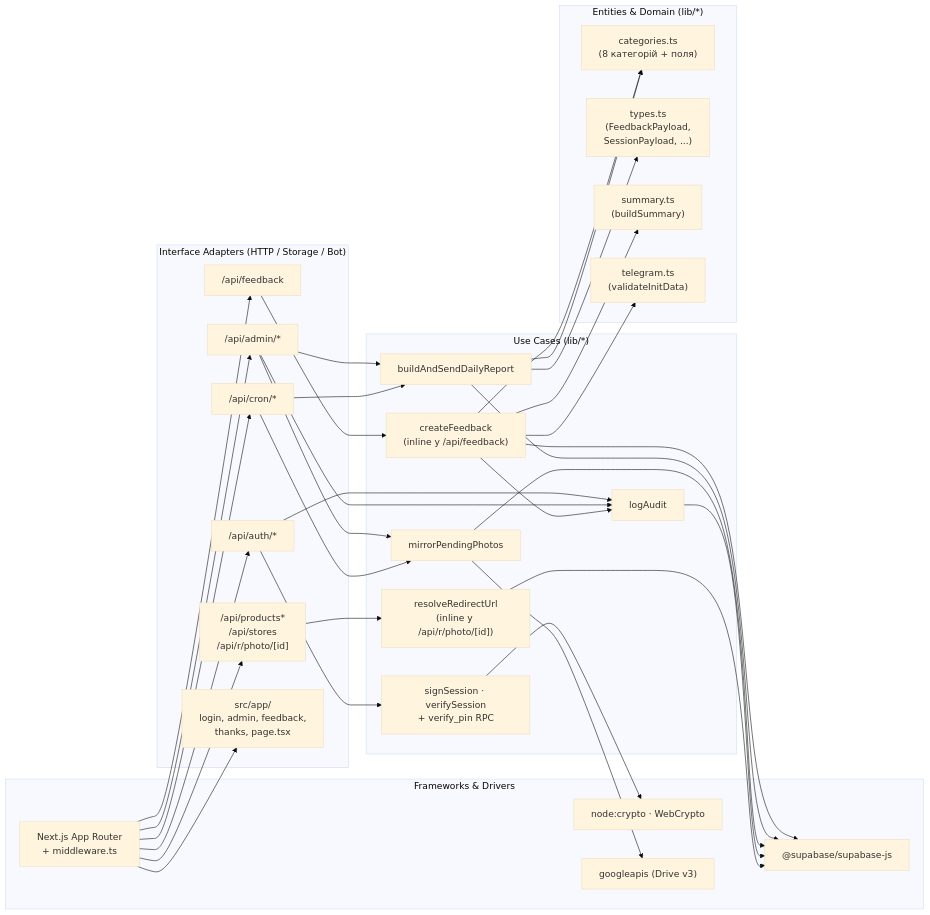
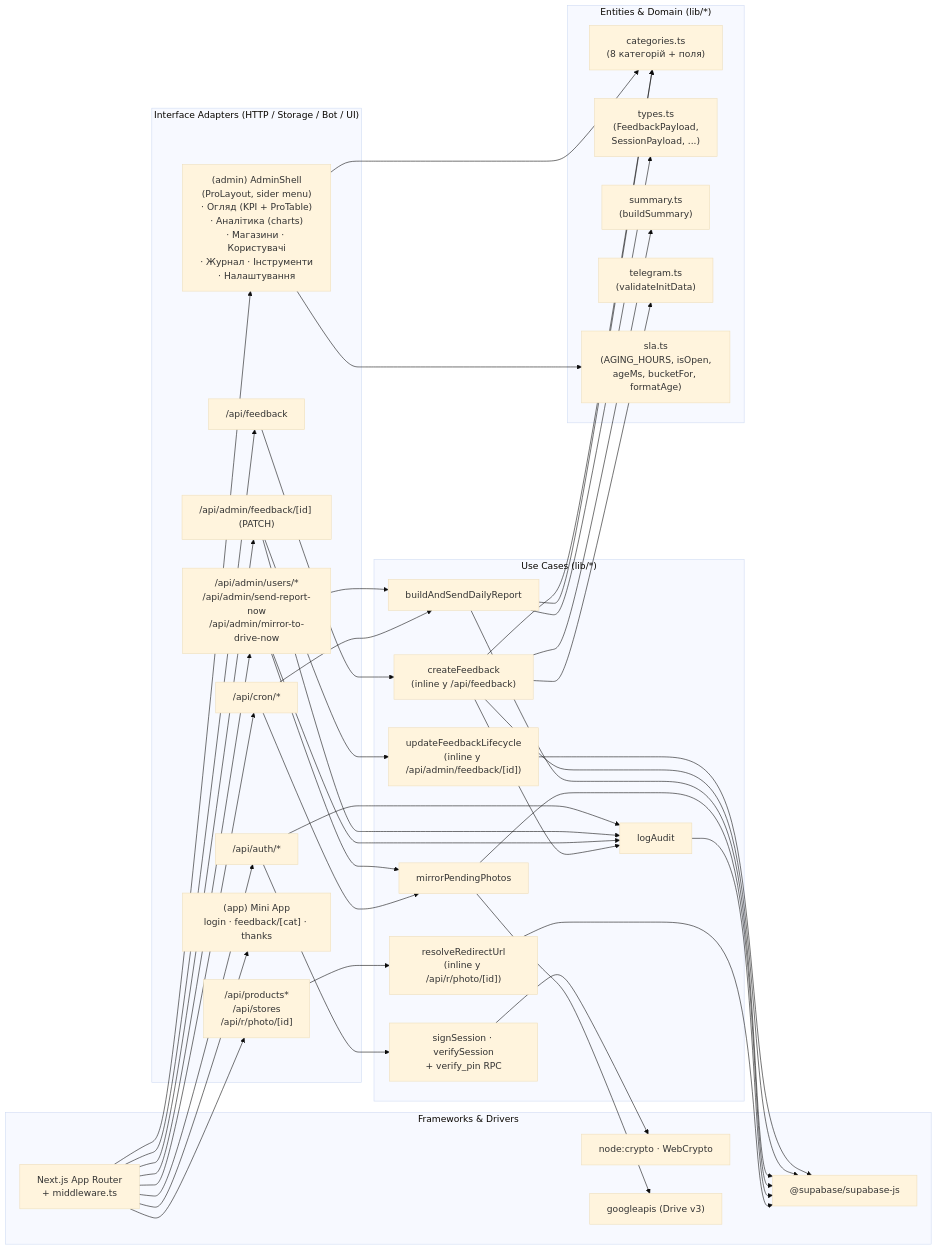
The third of 8 diagrams in docs/ARCHITECTURE.md (yobozavrik/feedbackGB), drawn with Mermaid (base theme) before and after one commit. The commit also changed other lines of this file and 10 other files, not shown here.

Commit message:
docs: lifecycle + SLA — openapi 1.1, ERD, ARCH 4.5, FEATURES

````diff
--- a/docs/ARCHITECTURE.md
+++ b/docs/ARCHITECTURE.md
@@ -178,66 +180,78 @@
 ```mermaid
 flowchart LR
     subgraph fw["Frameworks & Drivers"]
         next["Next.js App Router<br/>+ middleware.ts"]
         nodecrypto["node:crypto · WebCrypto"]
         sbsdk["@supabase/supabase-js"]
         google["googleapis (Drive v3)"]
     end
 
-    subgraph adapters["Interface Adapters (HTTP / Storage / Bot)"]
+    subgraph adapters["Interface Adapters (HTTP / Storage / Bot / UI)"]
         routesAuth["/api/auth/*"]
         routesFeedback["/api/feedback"]
-        routesAdmin["/api/admin/*"]
+        routesAdmin["/api/admin/users/*<br/>/api/admin/send-report-now<br/>/api/admin/mirror-to-drive-now"]
+        routesLifecycle["/api/admin/feedback/[id] (PATCH)"]
         routesCron["/api/cron/*"]
         routesPub["/api/products*<br/>/api/stores<br/>/api/r/photo/[id]"]
-        clientPages["src/app/<br/>login, admin, feedback,<br/>thanks, page.tsx"]
+        miniApp["(app) Mini App<br/>login · feedback/[cat] · thanks"]
+        adminApp["(admin) AdminShell<br/>(ProLayout, sider menu)<br/>· Огляд (KPI + ProTable)<br/>· Аналітика (charts)<br/>· Магазини · Користувачі<br/>· Журнал · Інструменти<br/>· Налаштування"]
     end
 
     subgraph usecases["Use Cases (lib/*)"]
         ucFeedback["createFeedback<br/>(inline у /api/feedback)"]
+        ucLifecycle["updateFeedbackLifecycle<br/>(inline у /api/admin/feedback/[id])"]
         ucReport["buildAndSendDailyReport"]
         ucMirror["mirrorPendingPhotos"]
         ucAuth["signSession · verifySession<br/>+ verify_pin RPC"]
         ucAudit["logAudit"]
         ucRedirect["resolveRedirectUrl<br/>(inline у /api/r/photo/[id])"]
     end
 
     subgraph entities["Entities & Domain (lib/*)"]
         catDef["categories.ts<br/>(8 категорій + поля)"]
         types["types.ts<br/>(FeedbackPayload,<br/>SessionPayload, ...)"]
         summary["summary.ts<br/>(buildSummary)"]
         telegramHmac["telegram.ts<br/>(validateInitData)"]
+        slaDom["sla.ts<br/>(AGING_HOURS, isOpen,<br/>ageMs, bucketFor, formatAge)"]
     end
 
     next --> routesAuth
     next --> routesFeedback
     next --> routesAdmin
+    next --> routesLifecycle
     next --> routesCron
     next --> routesPub
-    next --> clientPages
+    next --> miniApp
+    next --> adminApp
 
     routesAuth --> ucAuth
     routesAuth --> ucAudit
     routesFeedback --> ucFeedback
+    routesLifecycle --> ucLifecycle
+    routesLifecycle --> ucAudit
     routesAdmin --> ucReport
     routesAdmin --> ucMirror
     routesAdmin --> ucAudit
     routesCron --> ucReport
     routesCron --> ucMirror
     routesPub --> ucRedirect
 
+    adminApp --> slaDom
+    adminApp --> catDef
+
     ucFeedback --> summary
     ucFeedback --> telegramHmac
     ucFeedback --> catDef
     ucFeedback --> ucAudit
+    ucLifecycle --> sbsdk
     ucReport --> catDef
     ucReport --> types
 
     ucAuth --> nodecrypto
     ucFeedback --> sbsdk
     ucReport --> sbsdk
     ucMirror --> sbsdk
     ucMirror --> google
     ucAudit --> sbsdk
     ucRedirect --> sbsdk
 ```
````
